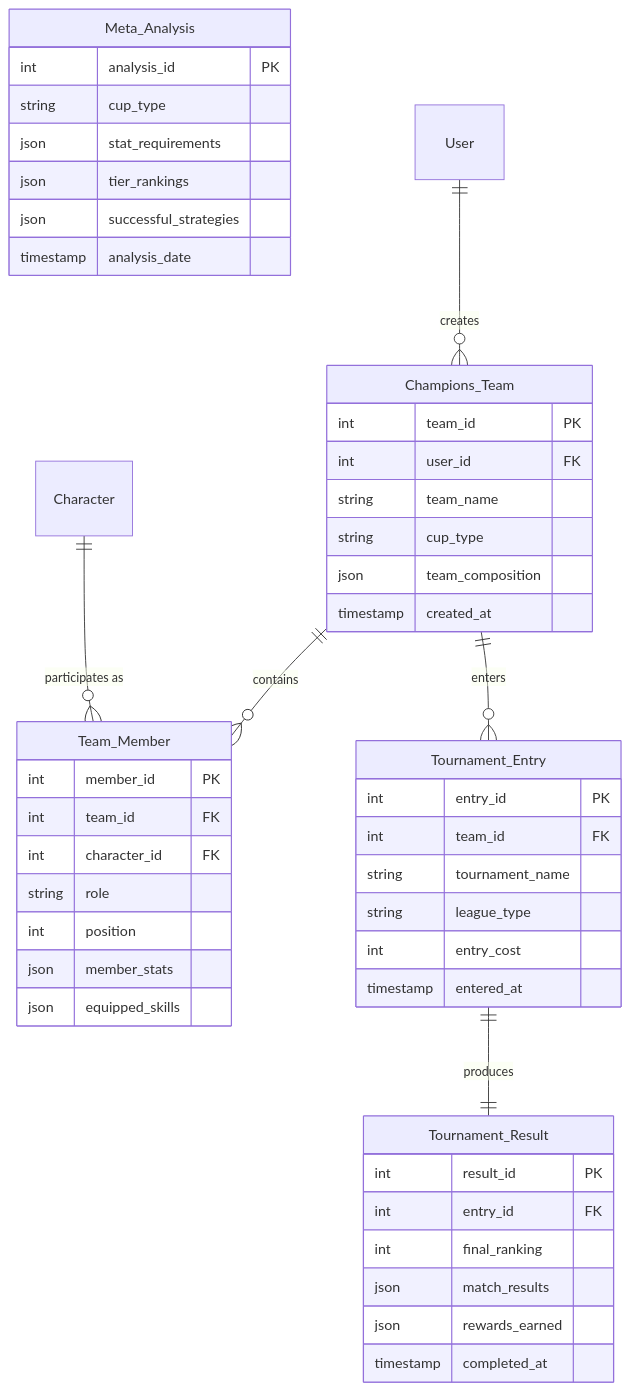
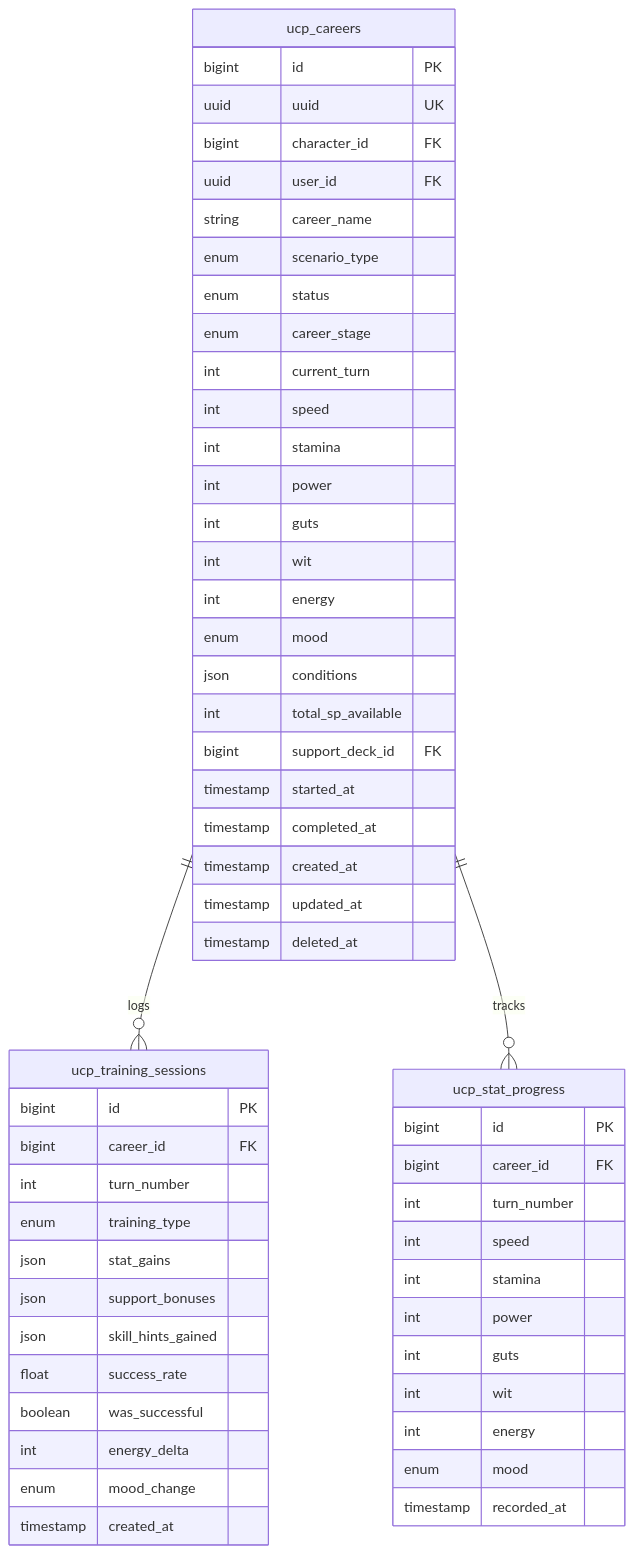
The sixth of 13 diagrams in docs/01-diagrams/entity-relationship-diagram.md (exatfrds67/umamusume-career-planner), drawn with Mermaid before and after one commit. The commit also changed other lines of this file and 67 other files, not shown here.

````diff
--- a/docs/01-diagrams/entity-relationship-diagram.md
+++ b/docs/01-diagrams/entity-relationship-diagram.md
@@ -352,54 +395,61 @@
 ```mermaid
 erDiagram
-    Champions_Team {
-        int team_id PK
-        int user_id FK
-        string team_name
-        string cup_type
-        json team_composition
+    ucp_careers ||--o{ ucp_training_sessions : logs
+    ucp_careers ||--o{ ucp_stat_progress : tracks
+    
+    ucp_careers {
+        bigint id PK
+        uuid uuid UK
+        bigint character_id FK
+        uuid user_id FK
+        string career_name
+        enum scenario_type
+        enum status
+        enum career_stage
+        int current_turn
+        int speed
+        int stamina
+        int power
+        int guts
+        int wit
+        int energy
+        enum mood
+        json conditions
+        int total_sp_available
+        bigint support_deck_id FK
+        timestamp started_at
+        timestamp completed_at
+        timestamp created_at
+        timestamp updated_at
+        timestamp deleted_at
+    }
+    
+    ucp_training_sessions {
+        bigint id PK
+        bigint career_id FK
+        int turn_number
+        enum training_type
+        json stat_gains
+        json support_bonuses
+        json skill_hints_gained
+        float success_rate
+        boolean was_successful
+        int energy_delta
+        enum mood_change
         timestamp created_at
     }
-
-    Team_Member {
-        int member_id PK
-        int team_id FK
-        int character_id FK
-        string role
-        int position
-        json member_stats
-        json equipped_skills
+    
+    ucp_stat_progress {
+        bigint id PK
+        bigint career_id FK
+        int turn_number
+        int speed
+        int stamina
+        int power
+        int guts
+        int wit
+        int energy
+        enum mood
+        timestamp recorded_at
     }
-
-    Tournament_Entry {
-        int entry_id PK
-        int team_id FK
-        string tournament_name
-        string league_type
-        int entry_cost
-        timestamp entered_at
-    }
-
-    Tournament_Result {
-        int result_id PK
-        int entry_id FK
-        int final_ranking
-        json match_results
-        json rewards_earned
-        timestamp completed_at
-    }
-
-    Meta_Analysis {
-        int analysis_id PK
-        string cup_type
-        json stat_requirements
-        json tier_rankings
-        json successful_strategies
-        timestamp analysis_date
-    }
-
-    User ||--o{ Champions_Team : "creates"
-    Champions_Team ||--o{ Team_Member : "contains"
-    Character ||--o{ Team_Member : "participates as"
-    Champions_Team ||--o{ Tournament_Entry : "enters"
-    Tournament_Entry ||--|| Tournament_Result : "produces"
 ```
````
